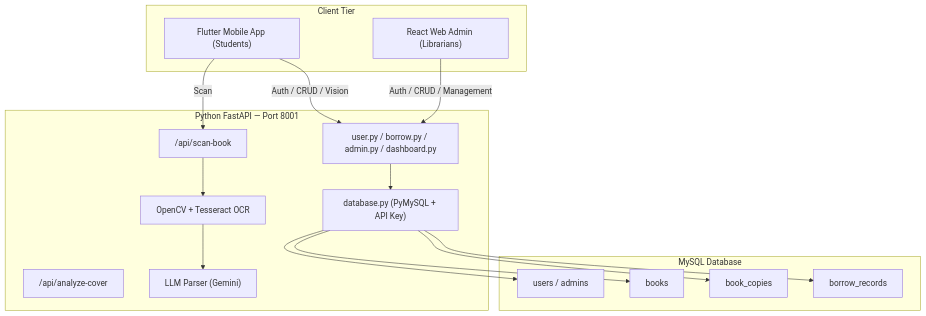
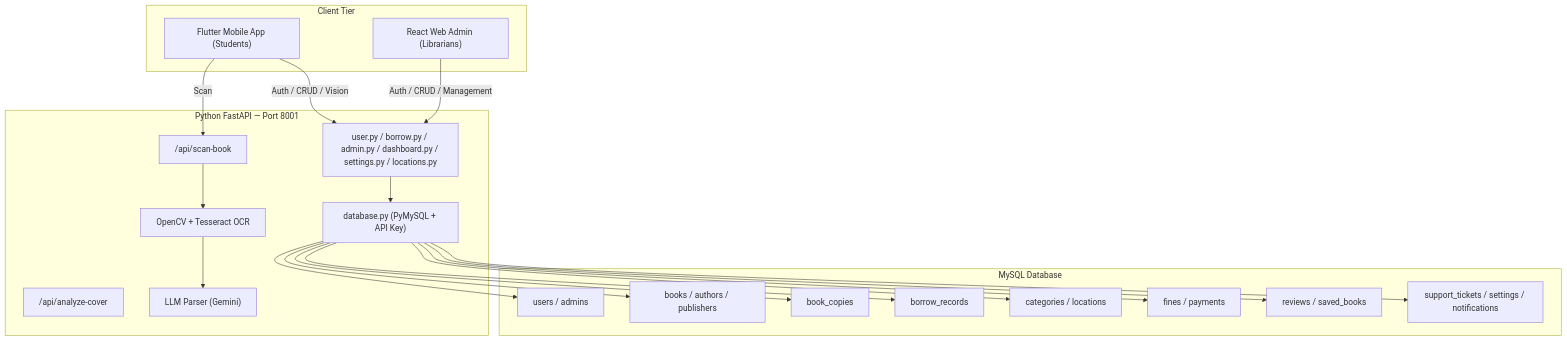
Before and after one commit to prasajanravishka/library_system-: the diagram in doc/critical_analysis.md, drawn with Mermaid. The commit also changed other lines of this file and 26 other files, not shown here.

````diff
--- a/doc/critical_analysis.md
+++ b/doc/critical_analysis.md
@@ -23,35 +23,43 @@
 ```mermaid
 graph TB
     subgraph "Client Tier"
         APP["Flutter Mobile App (Students)"]
         ADMIN["React Web Admin (Librarians)"]
     end
 
     subgraph "Python FastAPI — Port 8001"
-        PY_CRUD["user.py / borrow.py / admin.py / dashboard.py"]
+        PY_CRUD["user.py / borrow.py / admin.py / dashboard.py / settings.py / locations.py"]
         PY_SCAN["/api/scan-book"]
         PY_ANALYZE["/api/analyze-cover"]
         OCR["OpenCV + Tesseract OCR"]
         LLM["LLM Parser (Gemini)"]
         DB_CONN["database.py (PyMySQL + API Key)"]
     end
 
     subgraph "MySQL Database"
         T_USERS["users / admins"]
-        T_BOOKS["books"]
+        T_BOOKS["books / authors / publishers"]
         T_COPIES["book_copies"]
         T_BORROW["borrow_records"]
+        T_TAXONOMY["categories / locations"]
+        T_FINANCE["fines / payments"]
+        T_SOCIAL["reviews / saved_books"]
+        T_SYSTEM["support_tickets / settings / notifications"]
     end
 
     APP -- "Auth / CRUD / Vision" --> PY_CRUD
     APP -- "Scan" --> PY_SCAN
     ADMIN -- "Auth / CRUD / Management" --> PY_CRUD
     
     PY_SCAN --> OCR --> LLM
     
     PY_CRUD --> DB_CONN
     DB_CONN --> T_USERS
     DB_CONN --> T_BOOKS
     DB_CONN --> T_COPIES
     DB_CONN --> T_BORROW
+    DB_CONN --> T_TAXONOMY
+    DB_CONN --> T_FINANCE
+    DB_CONN --> T_SOCIAL
+    DB_CONN --> T_SYSTEM
 ```
````
